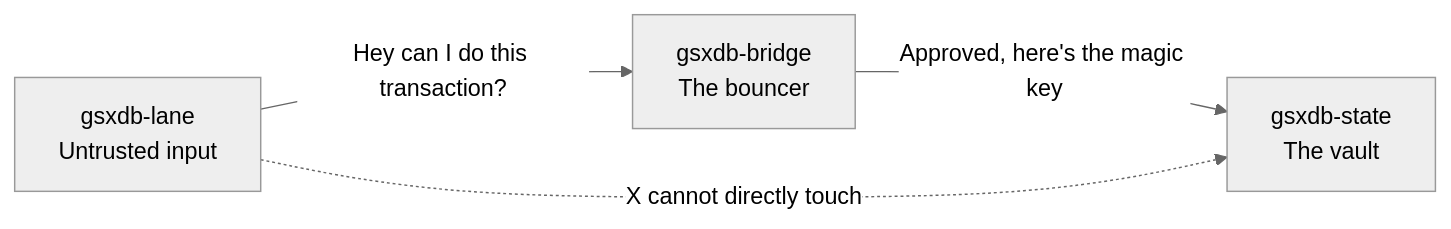
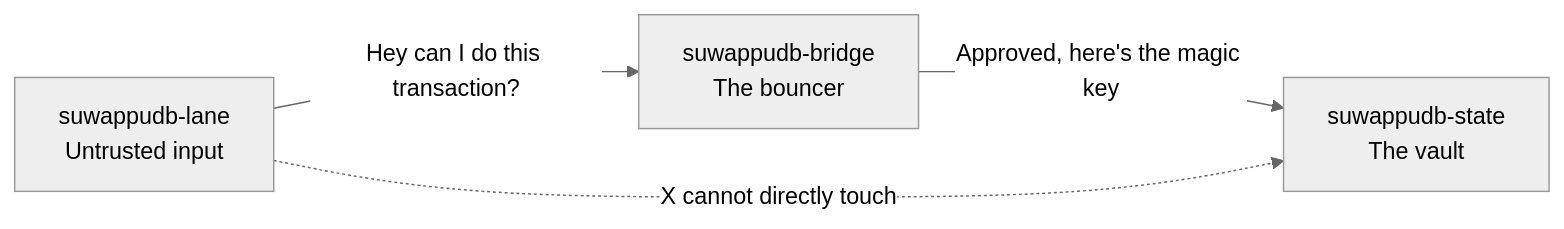
One commit to Suwappu-Labs/suwappu-db changed the second of 6 diagrams in docs/EXPLAINER.md. Above: the diagram before and after it, drawn with Mermaid (neutral theme). The commit also changed other lines of this file and 232 other files, not shown here.

````diff
--- a/docs/EXPLAINER.md
+++ b/docs/EXPLAINER.md
@@ -64,9 +64,9 @@
 ```mermaid
 flowchart LR
-    Lane["gsxdb-lane<br/>Untrusted input"]
-    Bridge["gsxdb-bridge<br/>The bouncer"]
-    State["gsxdb-state<br/>The vault"]
+    Lane["suwappudb-lane<br/>Untrusted input"]
+    Bridge["suwappudb-bridge<br/>The bouncer"]
+    State["suwappudb-state<br/>The vault"]
     Lane -- "Hey can I do this transaction?" --> Bridge
     Bridge -- "Approved, here's the magic key" --> State
     Lane -.X cannot directly touch.-> State
 ```
````
